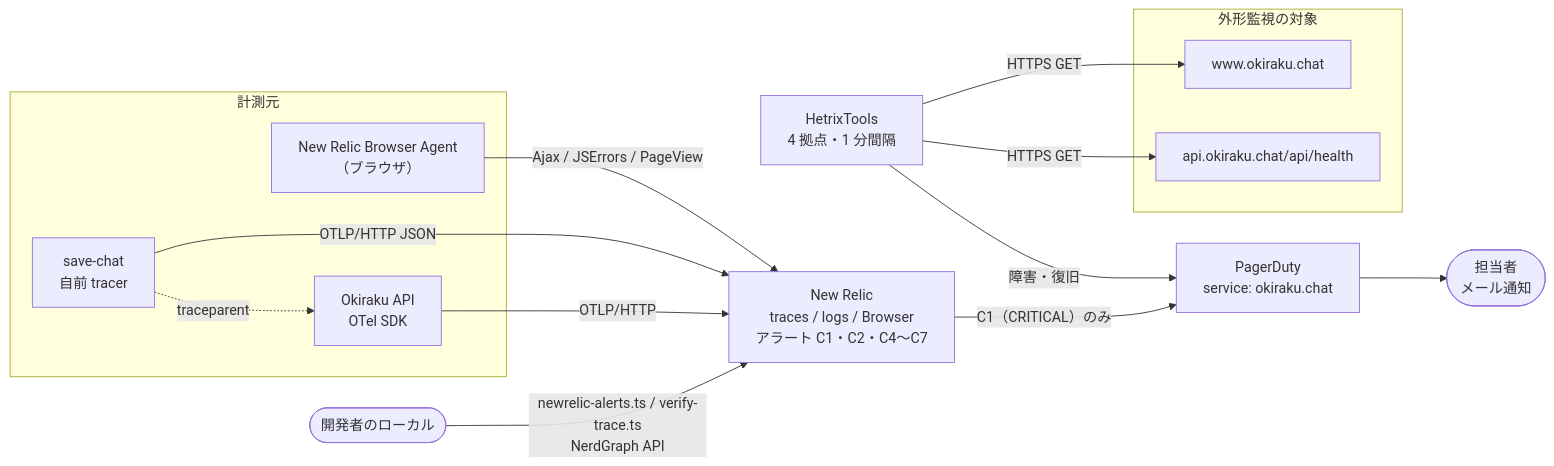
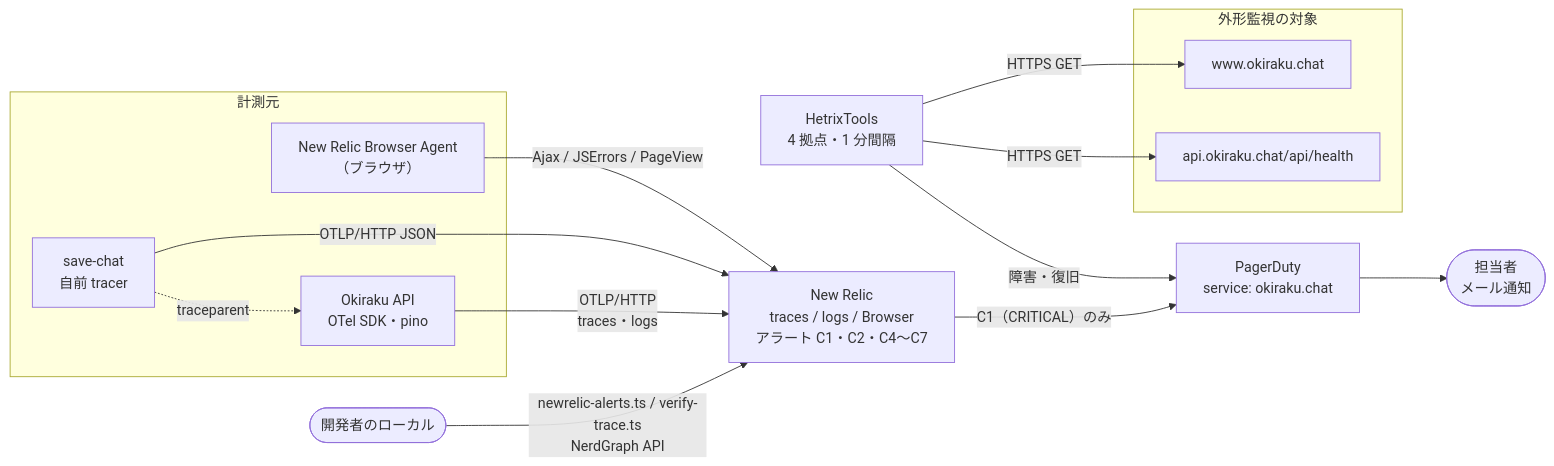
One commit to isrnao/yui-chat-ts changed the fourth of 5 diagrams in docs/SYSTEM_ARCHITECTURE.md. Above: the diagram before and after it, drawn with Mermaid. The commit also changed other lines of this file, not shown here.

First line of the commit message:
docs: 構成図に Okiraku API の内部構成を追加

````diff
--- a/docs/SYSTEM_ARCHITECTURE.md
+++ b/docs/SYSTEM_ARCHITECTURE.md
@@ -137,30 +209,30 @@
 ```mermaid
 flowchart LR
   subgraph sources["計測元"]
     nrAgent["New Relic Browser Agent<br/>（ブラウザ）"]
     fn["save-chat<br/>自前 tracer"]
-    okiraku["Okiraku API<br/>OTel SDK"]
+    okiraku["Okiraku API<br/>OTel SDK・pino"]
   end
 
   subgraph targets["外形監視の対象"]
     www["www.okiraku.chat"]
     health["api.okiraku.chat/api/health"]
   end
 
   hetrix["HetrixTools<br/>4 拠点・1 分間隔"]
   nr["New Relic<br/>traces / logs / Browser<br/>アラート C1・C2・C4〜C7"]
   pd["PagerDuty<br/>service: okiraku.chat"]
   oncall(["担当者<br/>メール通知"])
   ops(["開発者のローカル"])
 
   nrAgent -->|"Ajax / JSErrors / PageView"| nr
   fn -->|"OTLP/HTTP JSON"| nr
-  okiraku -->|"OTLP/HTTP"| nr
+  okiraku -->|"OTLP/HTTP<br/>traces・logs"| nr
   fn -.->|"traceparent"| okiraku
   hetrix -->|"HTTPS GET"| www
   hetrix -->|"HTTPS GET"| health
   hetrix -->|"障害・復旧"| pd
   nr -->|"C1（CRITICAL）のみ"| pd
   pd --> oncall
   ops -->|"newrelic-alerts.ts / verify-trace.ts<br/>NerdGraph API"| nr
 ```
````
